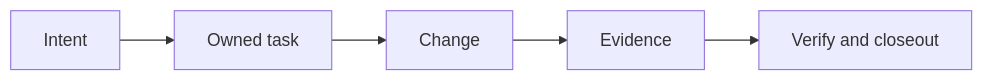
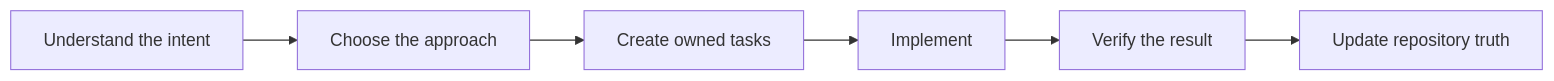
The diagram in README.md (laikrodiz/lean-sdlc), drawn with Mermaid before and after one commit. The commit also changed other lines of this file and 11 other files, not shown here.

````diff
--- a/README.md
+++ b/README.md
@@ -39,7 +18,8 @@
 ```mermaid
 flowchart LR
-    A[Intent] --> B[Owned task]
-    B --> C[Change]
-    C --> D[Evidence]
-    D --> E[Verify and closeout]
+    A[Understand the intent] --> B[Choose the approach]
+    B --> C[Create owned tasks]
+    C --> D[Implement]
+    D --> E[Verify the result]
+    E --> F[Update repository truth]
 ```
````
